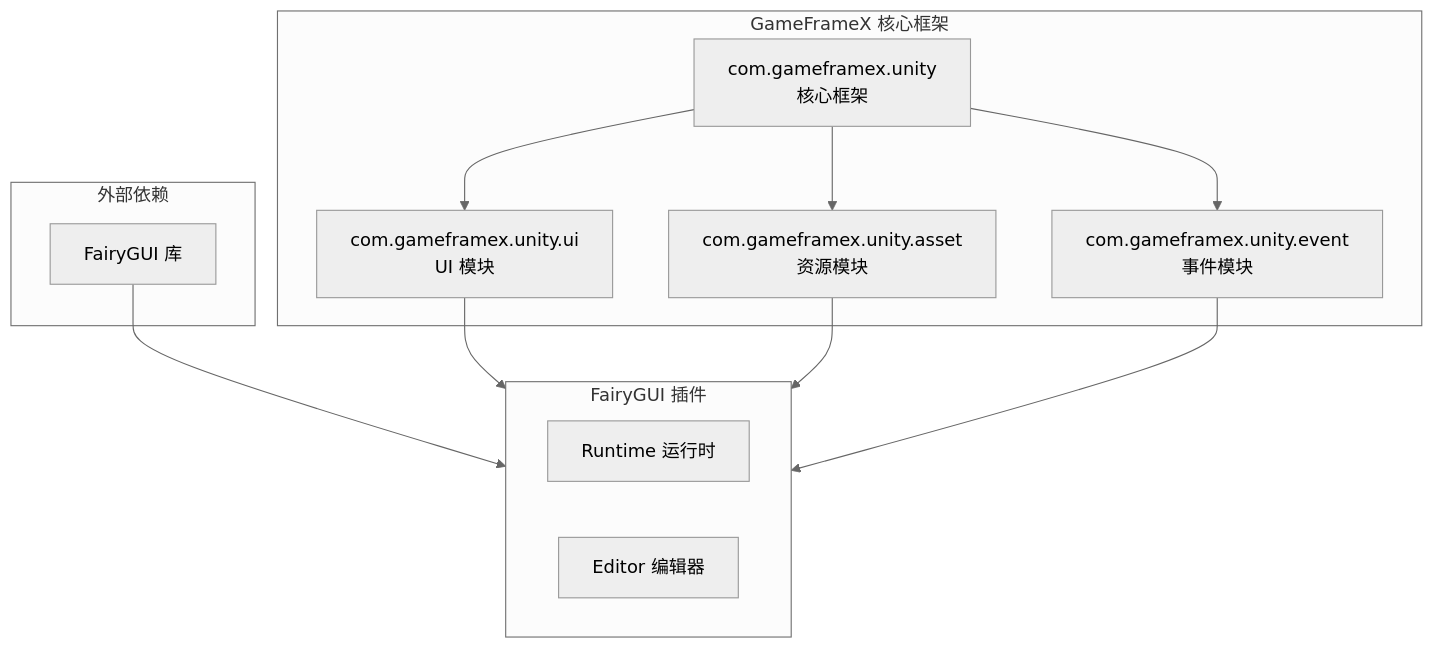
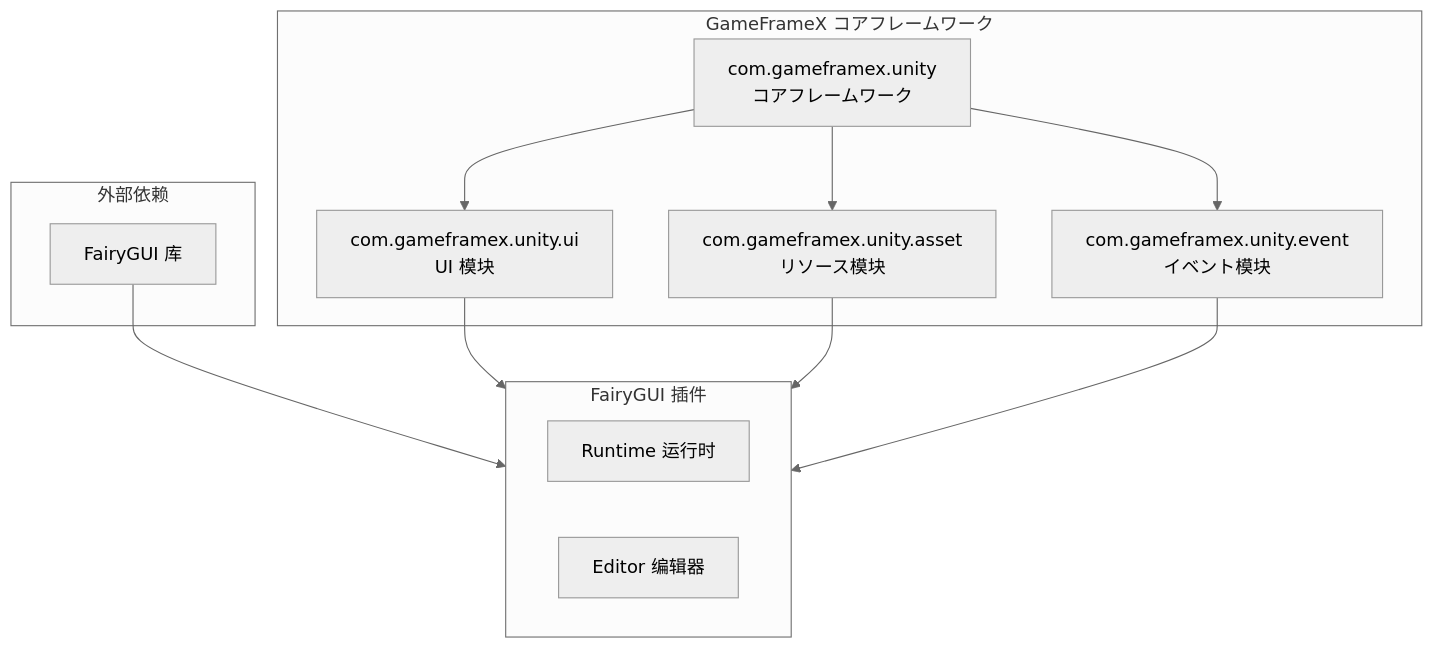
One commit to AlianBlank/GameFrameX.Docs changed the first of 2 diagrams in docs/ja/client/unity/component/ui-fairygui/05.dependencies.md. Above: the diagram before and after it, drawn with Mermaid (neutral theme). The commit also changed other lines of this file and 603 other files, not shown here.

````diff
--- a/docs/ja/client/unity/component/ui-fairygui/05.dependencies.md
+++ b/docs/ja/client/unity/component/ui-fairygui/05.dependencies.md
@@ -11,26 +11,26 @@
 ```mermaid
 flowchart TD
     subgraph External["外部依赖"]
         FairyGUI[FairyGUI 库]
     end
 
-    subgraph GameFrameXCore["GameFrameX 核心框架"]
-        GFXUnity[com.gameframex.unity<br/>核心框架]
+    subgraph GameFrameXCore["GameFrameX コアフレームワーク"]
+        GFXUnity[com.gameframex.unity<br/>コアフレームワーク]
         GFXUI[com.gameframex.unity.ui<br/>UI 模块]
-        GFXAsset[com.gameframex.unity.asset<br/>资源模块]
-        GFXEvent[com.gameframex.unity.event<br/>事件模块]
+        GFXAsset[com.gameframex.unity.asset<br/>リソース模块]
+        GFXEvent[com.gameframex.unity.event<br/>イベント模块]
     end
 
     subgraph FairyGUIPlugin["FairyGUI 插件"]
         Runtime[Runtime 运行时]
         Editor[Editor 编辑器]
     end
 
     FairyGUI --> FairyGUIPlugin
     GFXUnity --> GFXUI
     GFXUnity --> GFXAsset
     GFXUnity --> GFXEvent
     GFXUI --> FairyGUIPlugin
     GFXAsset --> FairyGUIPlugin
     GFXEvent --> FairyGUIPlugin
 ```
````
